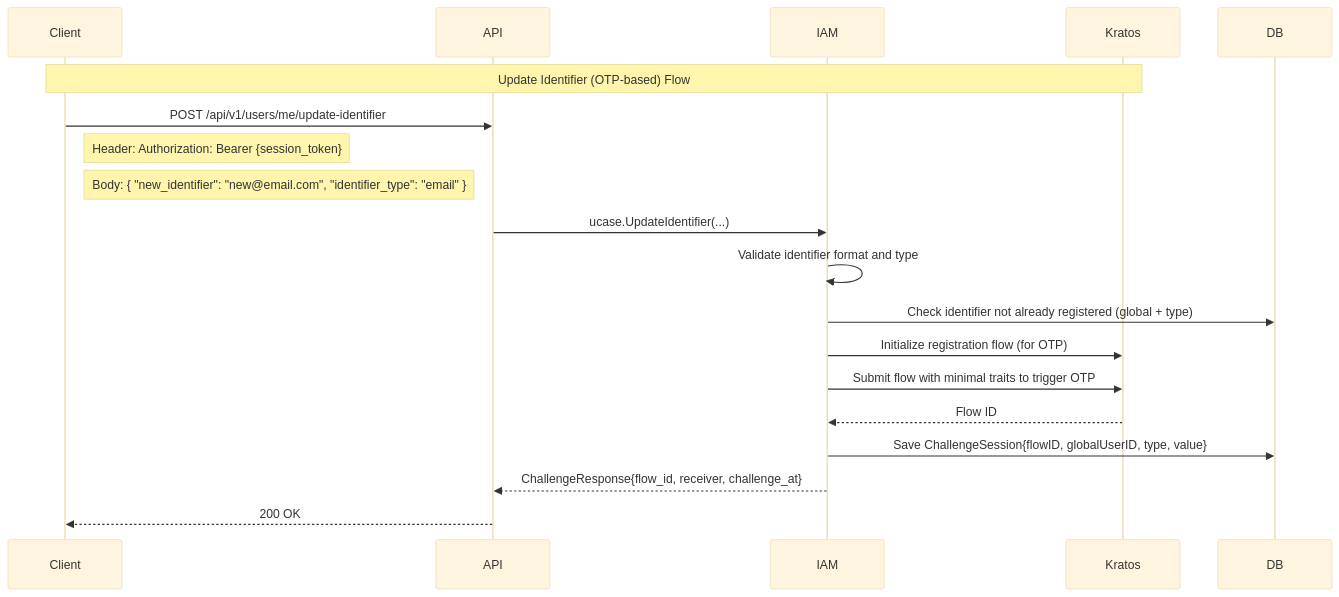
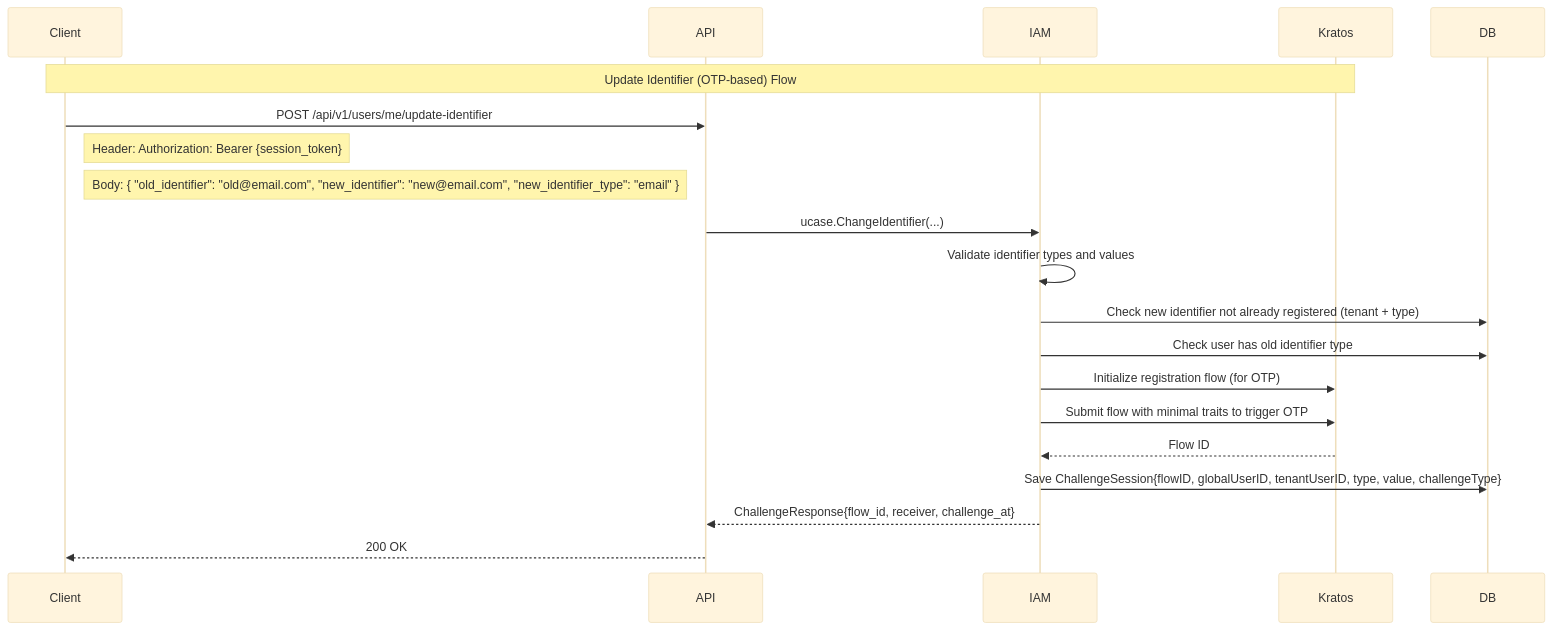
One commit to lifenetwork-ai/iam-service changed the diagram in dev-docs/Update Identifier.md. Above: the diagram before and after it, drawn with Mermaid (base theme). The commit also changed other lines of this file and 7 other files, not shown here.

````diff
--- a/dev-docs/Update Identifier.md
+++ b/dev-docs/Update Identifier.md
@@ -9,23 +9,24 @@
 ```mermaid
 sequenceDiagram
     participant Client
     participant API
     participant IAM
     participant Kratos
     participant DB
 
     Note over Client,Kratos: Update Identifier (OTP-based) Flow
     Client->>API: POST /api/v1/users/me/update-identifier
     Note right of Client: Header: Authorization: Bearer {session_token}
-    Note right of Client: Body: { "new_identifier": "new@email.com", "identifier_type": "email" }
+    Note right of Client: Body: { "old_identifier": "old@email.com", "new_identifier": "new@email.com", "new_identifier_type": "email" }
 
-    API->>IAM: ucase.UpdateIdentifier(...)
-    IAM->>IAM: Validate identifier format and type
-    IAM->>DB: Check identifier not already registered (global + type)
+    API->>IAM: ucase.ChangeIdentifier(...)
+    IAM->>IAM: Validate identifier types and values
+    IAM->>DB: Check new identifier not already registered (tenant + type)
+    IAM->>DB: Check user has old identifier type
     IAM->>Kratos: Initialize registration flow (for OTP)
     IAM->>Kratos: Submit flow with minimal traits to trigger OTP
     Kratos-->>IAM: Flow ID
-    IAM->>DB: Save ChallengeSession{flowID, globalUserID, type, value}
+    IAM->>DB: Save ChallengeSession{flowID, globalUserID, tenantUserID, type, value, challengeType}
     IAM-->>API: ChallengeResponse{flow_id, receiver, challenge_at}
     API-->>Client: 200 OK
 ```
````
